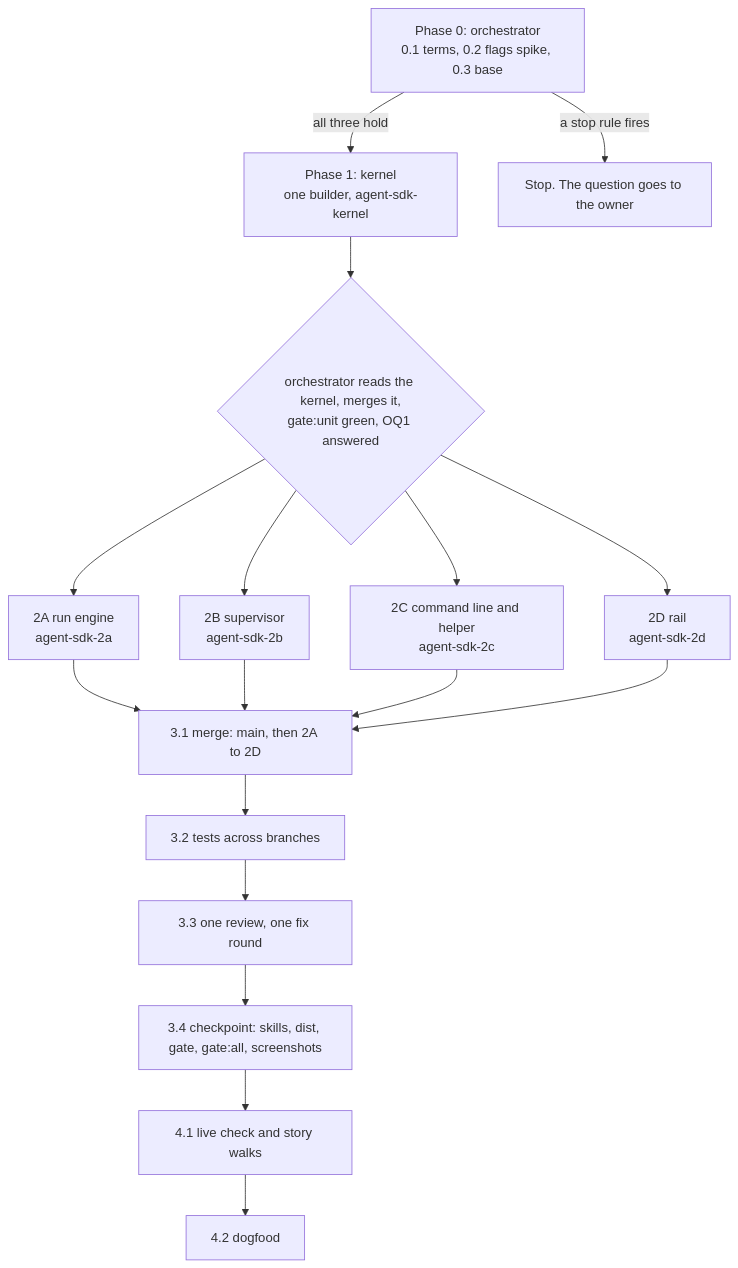
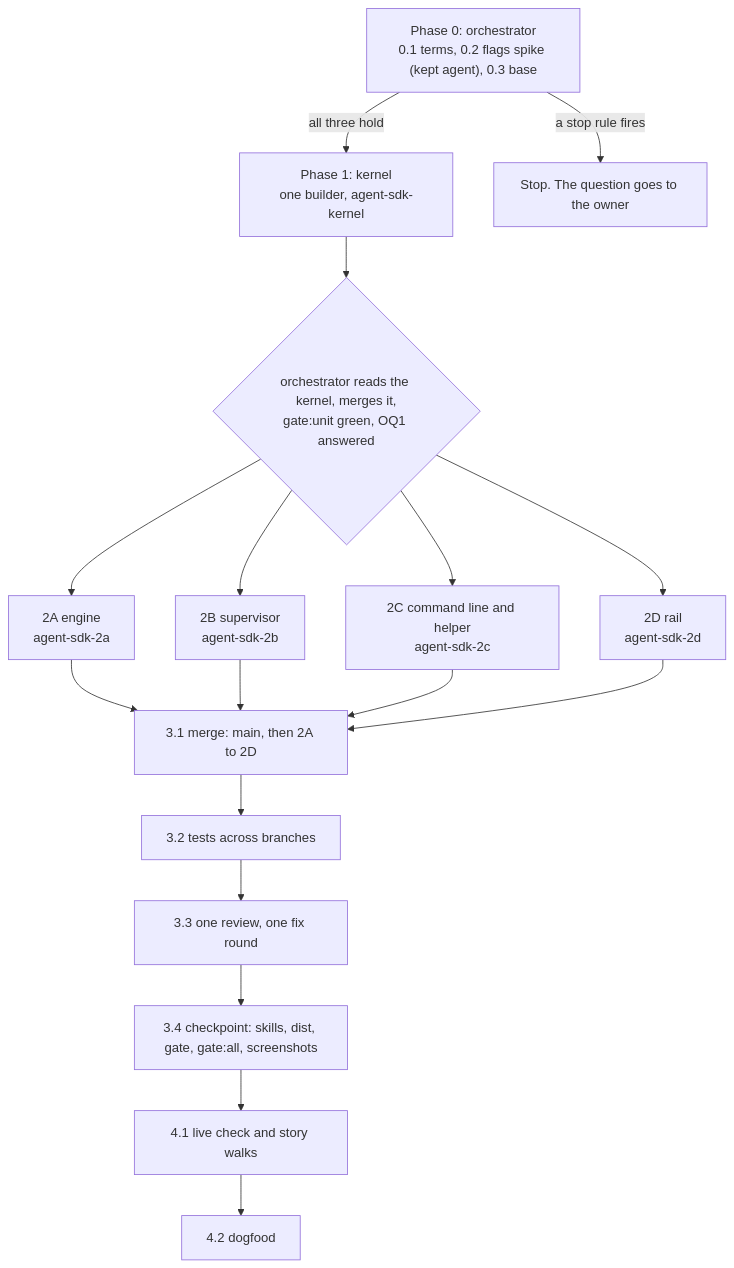
Before and after one commit to kenxle/live-agentic-html-editor: the diagram in docs/features/20260929.01_lahe_agent_sdk/03_plan_lahe_agent_sdk.md, drawn with Mermaid. The commit also changed other lines of this file and 2 other files, not shown here.

````diff
--- a/docs/features/20260929.01_lahe_agent_sdk/03_plan_lahe_agent_sdk.md
+++ b/docs/features/20260929.01_lahe_agent_sdk/03_plan_lahe_agent_sdk.md
@@ -36,19 +36,19 @@
 ```mermaid
 flowchart TD
-  P0["Phase 0: orchestrator<br/>0.1 terms, 0.2 flags spike, 0.3 base"] -->|"all three hold"| P1["Phase 1: kernel<br/>one builder, agent-sdk-kernel"]
+  P0["Phase 0: orchestrator<br/>0.1 terms, 0.2 flags spike (kept agent), 0.3 base"] -->|"all three hold"| P1["Phase 1: kernel<br/>one builder, agent-sdk-kernel"]
   P0 -->|"a stop rule fires"| STOP["Stop. The question goes to the owner"]
   P1 --> R1{"orchestrator reads the kernel, merges it,<br/>gate:unit green, OQ1 answered"}
-  R1 --> A["2A run engine<br/>agent-sdk-2a"]
+  R1 --> A["2A engine<br/>agent-sdk-2a"]
   R1 --> B["2B supervisor<br/>agent-sdk-2b"]
   R1 --> C["2C command line and helper<br/>agent-sdk-2c"]
   R1 --> D["2D rail<br/>agent-sdk-2d"]
   A --> M["3.1 merge: main, then 2A to 2D"]
   B --> M
   C --> M
   D --> M
   M --> X["3.2 tests across branches"]
   X --> RV["3.3 one review, one fix round"]
   RV --> G["3.4 checkpoint: skills, dist, gate, gate:all, screenshots"]
   G --> L["4.1 live check and story walks"]
   L --> DF["4.2 dogfood"]
 ```
````
